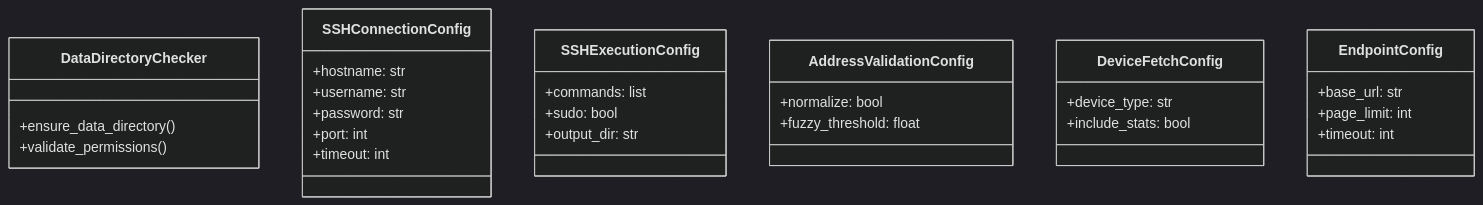
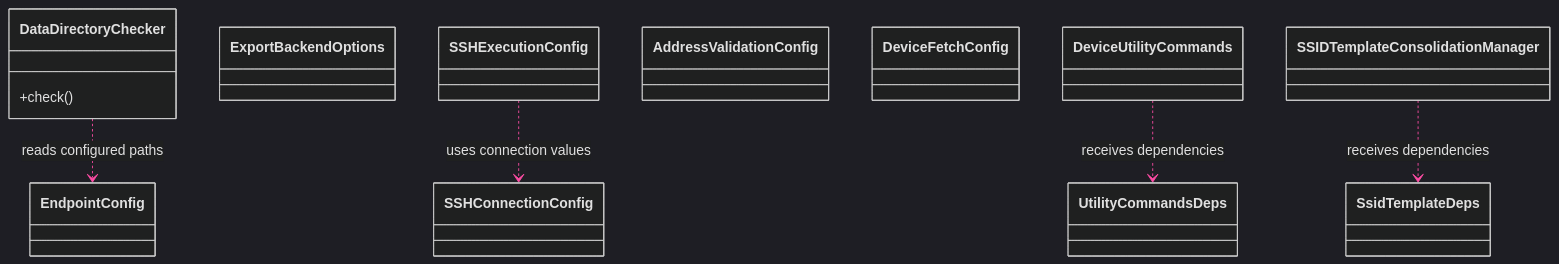
The first of 2 diagrams in documentation/diagrams/class-hierarchy/infrastructure.md (jmorrison-juniper/MistHelper), drawn with Mermaid before and after one commit. The commit also changed other lines of this file and 110 other files, not shown here.

````diff
--- a/documentation/diagrams/class-hierarchy/infrastructure.md
+++ b/documentation/diagrams/class-hierarchy/infrastructure.md
@@ -9,48 +11,31 @@
 ```mermaid
 %%{init: {'theme': 'dark', 'themeVariables': {
   'primaryColor': '#E20074',
   'primaryTextColor': '#E0E0E0',
   'primaryBorderColor': '#99004D',
   'lineColor': '#FF4DA6',
   'secondaryColor': '#16213E',
   'tertiaryColor': '#1A1A2E',
   'fontFamily': 'ui-monospace, monospace'
 }}}%%
 classDiagram
     direction TB
 
     class DataDirectoryChecker {
-        +ensure_data_directory()
-        +validate_permissions()
+        +check()
     }
 
-    class SSHConnectionConfig {
-        +hostname: str
-        +username: str
-        +password: str
-        +port: int
-        +timeout: int
-    }
+    class EndpointConfig
+    class ExportBackendOptions
+    class SSHConnectionConfig
+    class SSHExecutionConfig
+    class AddressValidationConfig
+    class DeviceFetchConfig
+    class UtilityCommandsDeps
+    class SsidTemplateDeps
 
-    class SSHExecutionConfig {
-        +commands: list
-        +sudo: bool
-        +output_dir: str
-    }
-
-    class AddressValidationConfig {
-        +normalize: bool
-        +fuzzy_threshold: float
-    }
-
-    class DeviceFetchConfig {
-        +device_type: str
-        +include_stats: bool
-    }
-
-    class EndpointConfig {
-        +base_url: str
-        +page_limit: int
-        +timeout: int
-    }
+    DataDirectoryChecker ..> EndpointConfig : reads configured paths
+    SSHExecutionConfig ..> SSHConnectionConfig : uses connection values
+    DeviceUtilityCommands ..> UtilityCommandsDeps : receives dependencies
+    SSIDTemplateConsolidationManager ..> SsidTemplateDeps : receives dependencies
 ```
````
